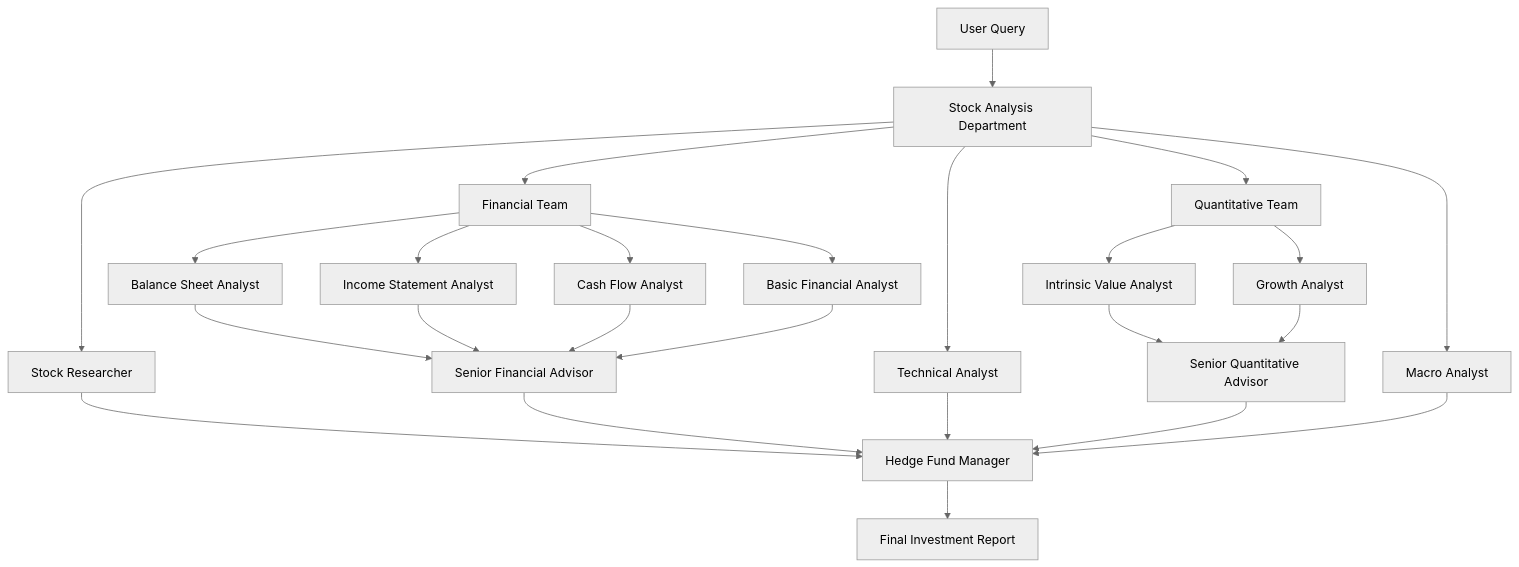
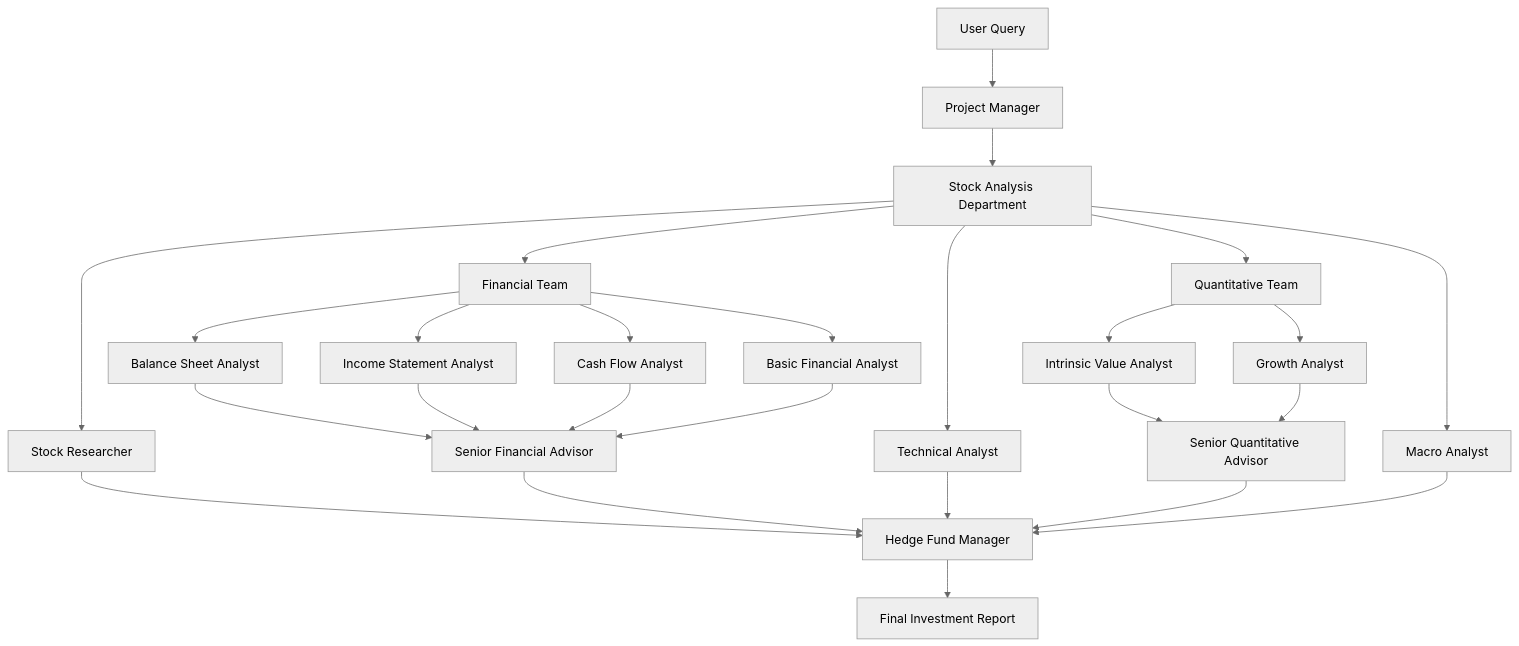
Before and after one commit to iam1492/stock-analysis-agent: the diagram in .kilocode/rules/memory-bank/architecture.md, drawn with Mermaid (neutral theme). The commit also changed other lines of this file and 1 other file, not shown here.

Commit message:
update memory bank

````diff
--- a/.kilocode/rules/memory-bank/architecture.md
+++ b/.kilocode/rules/memory-bank/architecture.md
@@ -124,22 +131,24 @@
 ```mermaid
 graph TD
-    A[User Query] --> B[Stock Analysis Department]
-    B --> C1[Stock Researcher]
-    B --> C2[Financial Team]
-    B --> C3[Technical Analyst]
-    B --> C4[Quantitative Team]
-    B --> C5[Macro Analyst]
-    
-    C2 --> D1[Balance Sheet Analyst]
-    C2 --> D2[Income Statement Analyst]
-    C2 --> D3[Cash Flow Analyst]
-    C2 --> D4[Basic Financial Analyst]
-    D1 & D2 & D3 & D4 --> E1[Senior Financial Advisor]
-    
-    C4 --> F1[Intrinsic Value Analyst]
-    C4 --> F2[Growth Analyst]
-    F1 & F2 --> E2[Senior Quantitative Advisor]
-    
-    C1 & E1 & C3 & E2 & C5 --> G[Hedge Fund Manager]
-    G --> H[Final Investment Report]
+    A[User Query] --> B[Project Manager]
+    B --> C[Stock Analysis Department]
+
+    C --> D1[Stock Researcher]
+    C --> D2[Financial Team]
+    C --> D3[Technical Analyst]
+    C --> D4[Quantitative Team]
+    C --> D5[Macro Analyst]
+
+    D2 --> E1[Balance Sheet Analyst]
+    D2 --> E2[Income Statement Analyst]
+    D2 --> E3[Cash Flow Analyst]
+    D2 --> E4[Basic Financial Analyst]
+    E1 & E2 & E3 & E4 --> F1[Senior Financial Advisor]
+
+    D4 --> G1[Intrinsic Value Analyst]
+    D4 --> G2[Growth Analyst]
+    G1 & G2 --> F2[Senior Quantitative Advisor]
+
+    D1 & F1 & D3 & F2 & D5 --> H[Hedge Fund Manager]
+    H --> I[Final Investment Report]
 ```
````
